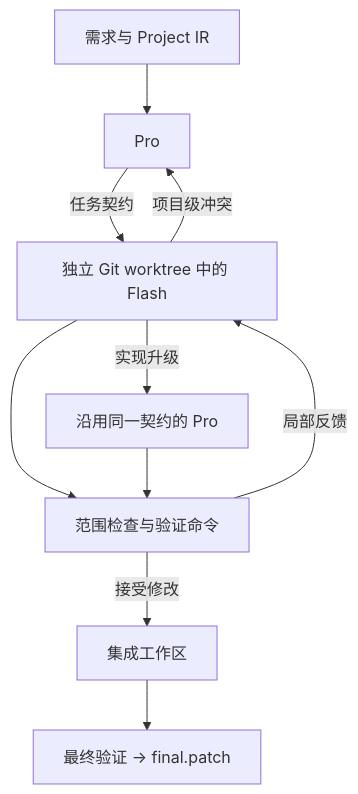
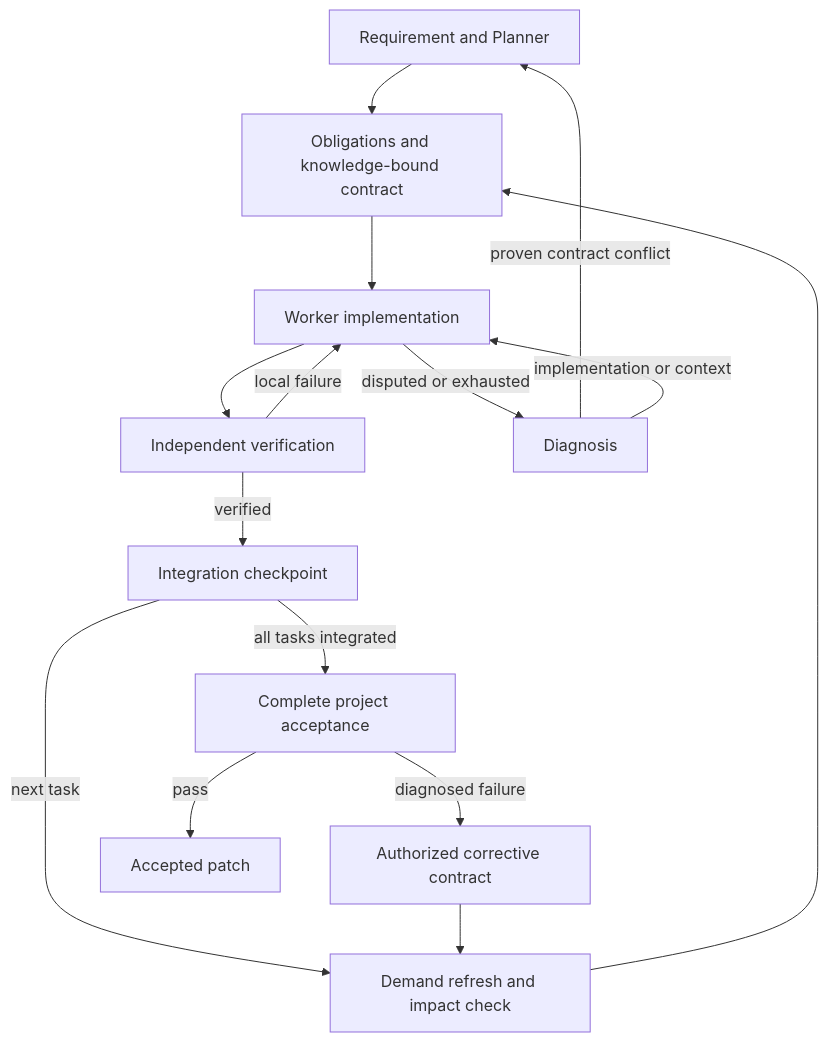
Before and after one commit to Muzhizyy/pi-coordination-harness: the diagram in README.zh-CN.md, drawn with Mermaid. The commit also changed other lines of this file and 28 other files, not shown here.

````diff
--- a/README.zh-CN.md
+++ b/README.zh-CN.md
@@ -88,12 +90,17 @@
 ```mermaid
 flowchart TD
-    R[需求与 Project IR] --> P[Pro]
-    P -->|任务契约| F[独立 Git worktree 中的 Flash]
-    F --> V[范围检查与验证命令]
-    V -->|局部反馈| F
-    F -->|项目级冲突| P
-    F -->|实现升级| S[沿用同一契约的 Pro]
-    S --> V
-    V -->|接受修改| I[集成工作区]
-    I --> O[最终验证 → final.patch]
+    P["Requirement and Planner"] --> C["Obligations and knowledge-bound contract"]
+    C --> W["Worker implementation"]
+    W --> V["Independent verification"]
+    V -->|local failure| W
+    W -->|disputed or exhausted| D["Diagnosis"]
+    D -->|proven contract conflict| P
+    D -->|implementation or context| W
+    V -->|verified| I["Integration checkpoint"]
+    I -->|next task| K["Demand refresh and impact check"]
+    K --> C
+    I -->|all tasks integrated| F["Complete project acceptance"]
+    F -->|diagnosed failure| R["Authorized corrective contract"]
+    R --> K
+    F -->|pass| O["Accepted patch"]
 ```
````
